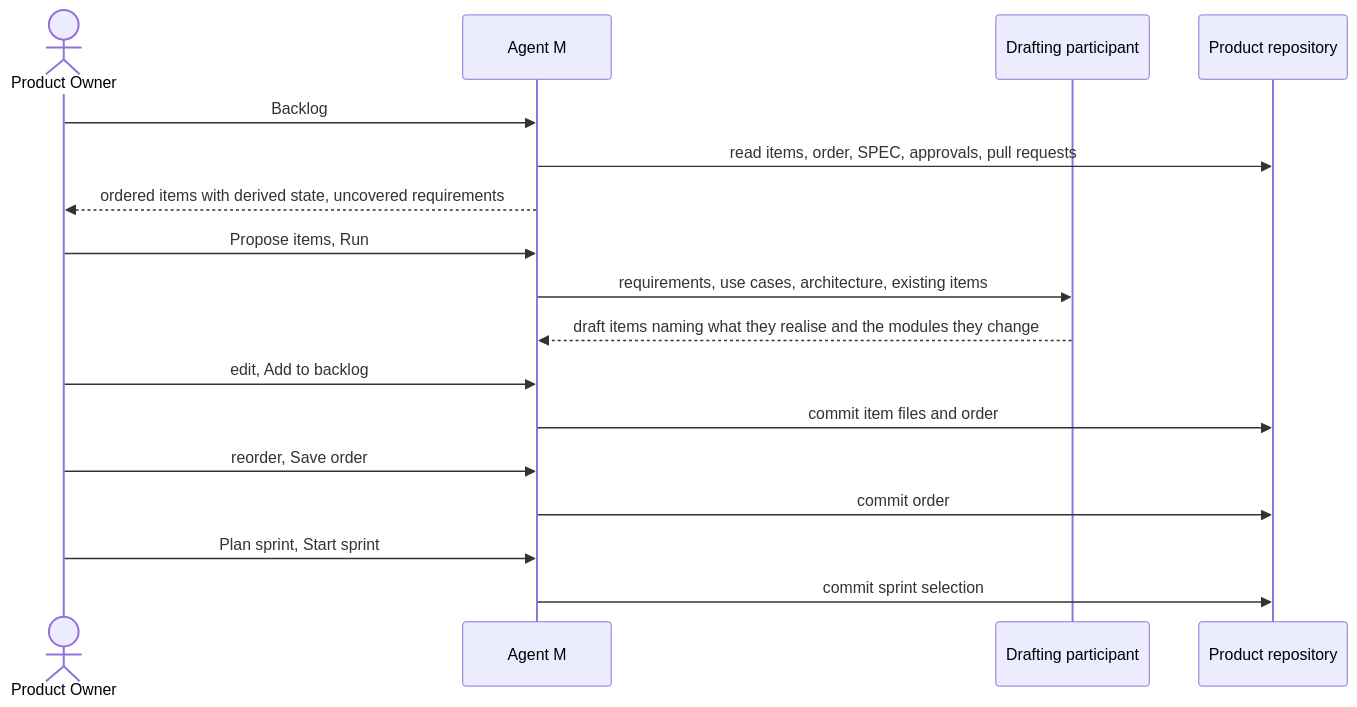
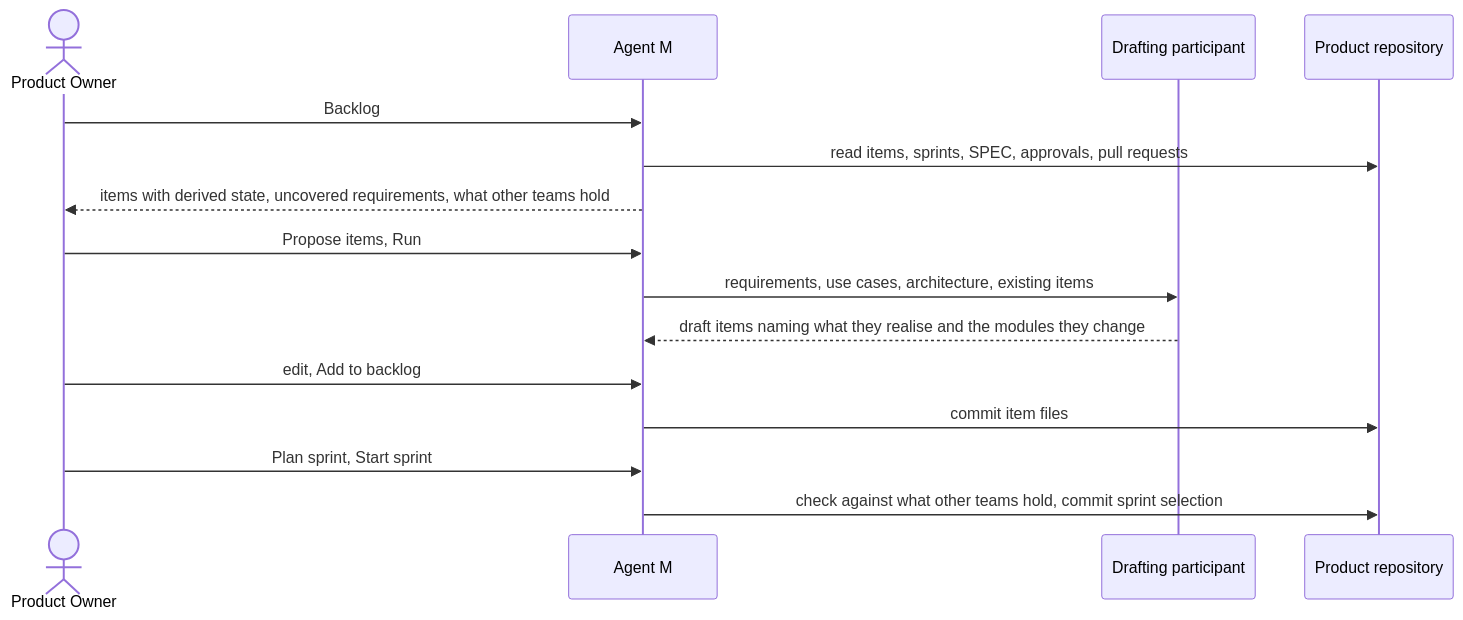
The diagram in docs/use-cases/UC-032-maintain-the-backlog.md (akmaier/agent-m), drawn with Mermaid before and after one commit. The commit also changed other lines of this file and 14 other files, not shown here.

First line of the commit message:
docs: queue 2026-10-10 — several teams develop one product in parallel; the backlog keeps no stored order

````diff
--- a/docs/use-cases/UC-032-maintain-the-backlog.md
+++ b/docs/use-cases/UC-032-maintain-the-backlog.md
@@ -104,19 +125,17 @@
 ```mermaid
 sequenceDiagram
     actor O as Product Owner
     participant M as Agent M
     participant E as Drafting participant
     participant G as Product repository
     O->>M: Backlog
-    M->>G: read items, order, SPEC, approvals, pull requests
-    M-->>O: ordered items with derived state, uncovered requirements
+    M->>G: read items, sprints, SPEC, approvals, pull requests
+    M-->>O: items with derived state, uncovered requirements, what other teams hold
     O->>M: Propose items, Run
     M->>E: requirements, use cases, architecture, existing items
     E-->>M: draft items naming what they realise and the modules they change
     O->>M: edit, Add to backlog
-    M->>G: commit item files and order
-    O->>M: reorder, Save order
-    M->>G: commit order
+    M->>G: commit item files
     O->>M: Plan sprint, Start sprint
-    M->>G: commit sprint selection
+    M->>G: check against what other teams hold, commit sprint selection
 ```
````
